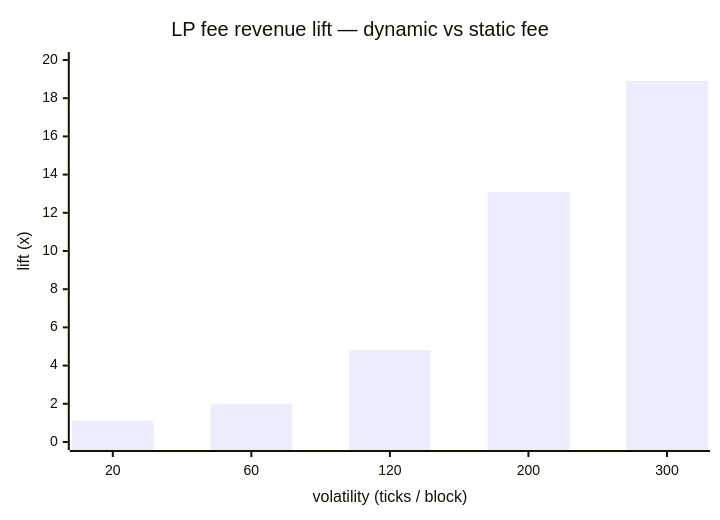
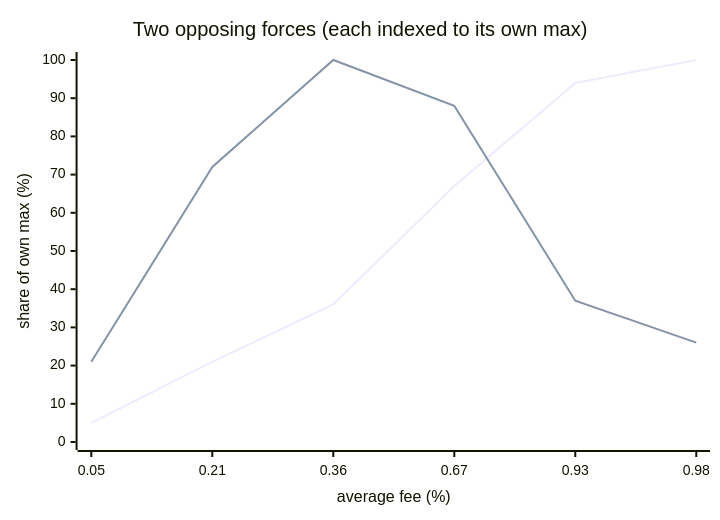
Before and after one commit to danogurtsov/LVR-minimizing-dynamic-fee-hook: the first of 2 diagrams in README.md, drawn with Mermaid. The commit also changed other lines of this file and 3 other files, not shown here.

````diff
--- a/README.md
+++ b/README.md
@@ -95,7 +100,8 @@
 ```mermaid
 xychart-beta
-    title "LP fee revenue lift — dynamic vs static fee"
-    x-axis "volatility (ticks / block)" [20, 60, 120, 200, 300]
-    y-axis "lift (x)" 0 --> 20
-    bar [1.1, 2.0, 4.8, 13.1, 18.9]
+    title "Two opposing forces (each indexed to its own max)"
+    x-axis "average fee (%)" [0.05, 0.21, 0.36, 0.67, 0.93, 0.98]
+    y-axis "share of own max (%)" 0 --> 100
+    line [5, 21, 36, 67, 94, 100]
+    line [21, 72, 100, 88, 37, 26]
 ```
````
